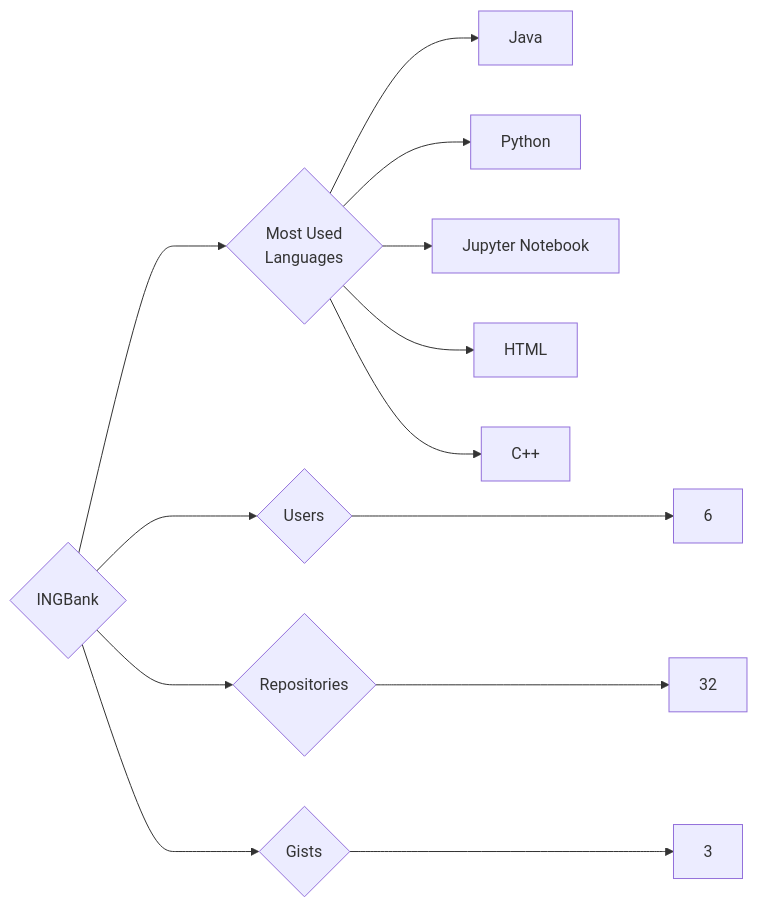
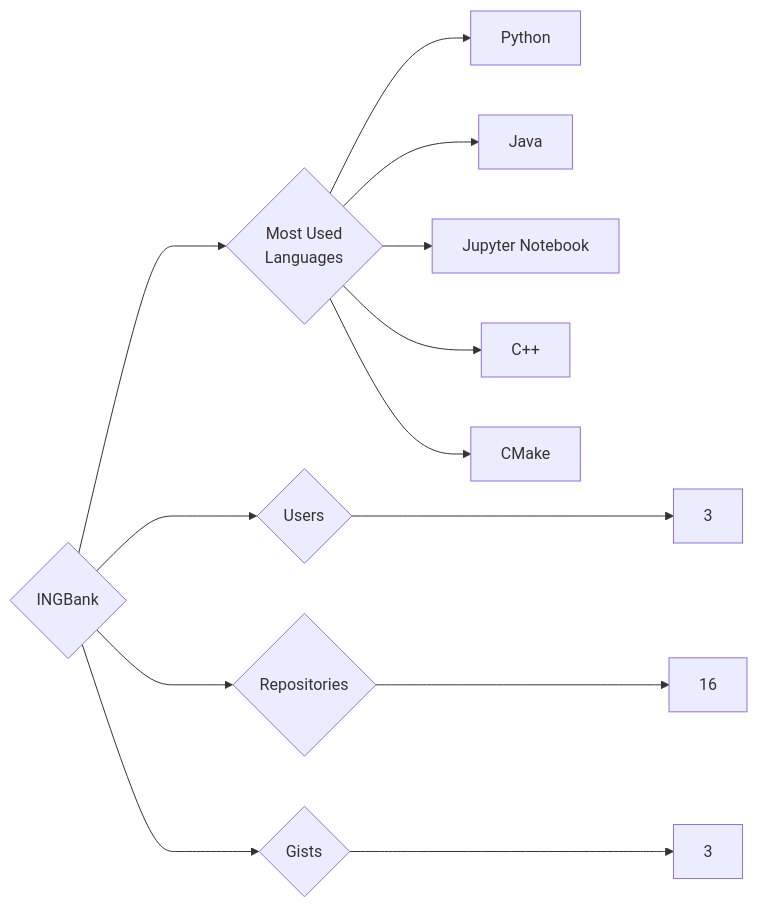
One commit to trickest/insiders changed the diagram in targets/INGBank/README.md. Above: the diagram before and after it, drawn with Mermaid. The commit also changed 933 other files, not shown here.

````diff
--- a/targets/INGBank/README.md
+++ b/targets/INGBank/README.md
@@ -3,13 +3,13 @@
 ```mermaid
 graph LR
 COMPANY_NAME{INGBank}
-COMPANY_NAME ---> U{Users} ---> UN[6]
-COMPANY_NAME ---> R{Repositories} ---> RN[32]
+COMPANY_NAME ---> U{Users} ---> UN[3]
+COMPANY_NAME ---> R{Repositories} ---> RN[16]
 COMPANY_NAME ---> G{Gists} ---> GN[3]
 COMPANY_NAME ---> ML{Most Used<br>Languages}
+ML --> Python[Python]
 ML --> Java[Java]
-ML --> Python[Python]
 ML --> Jupyter_Notebook[Jupyter Notebook]
-ML --> HTML[HTML]
 ML --> C++[C++]
+ML --> CMake[CMake]
 ```
````
